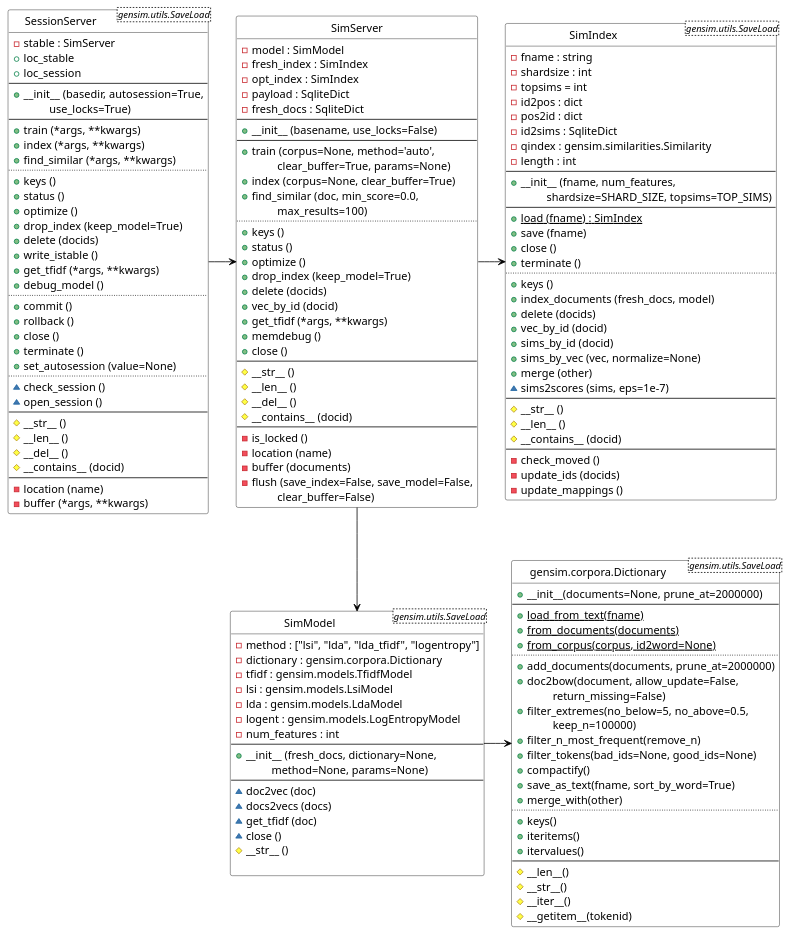
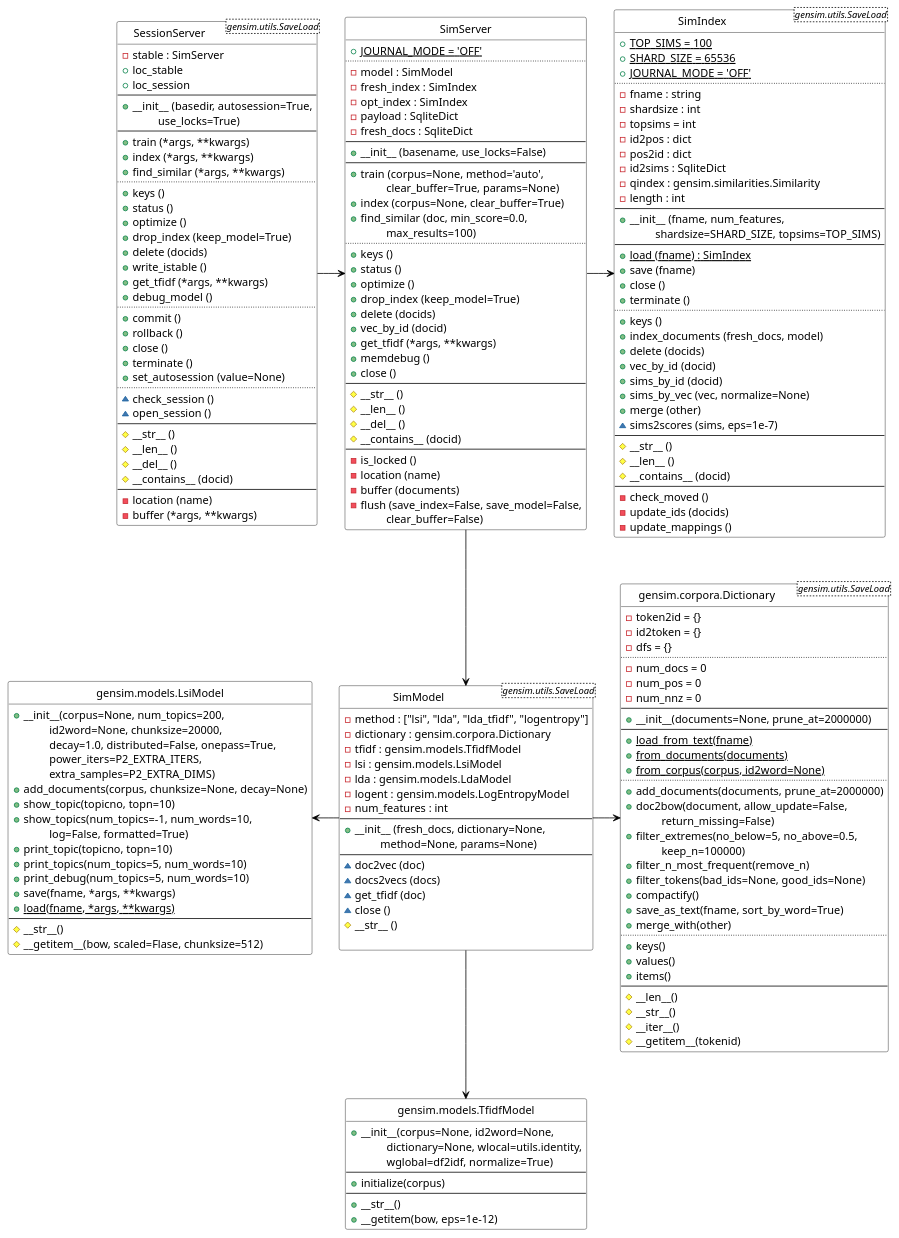
One commit to isleon/gensim-simserver changed the diagram in docs/gensim-server.puml. Above: the diagram before and after it, drawn with PlantUML. The commit also changed 5 other files, not shown here.

```diff
--- a/docs/gensim-server.puml
+++ b/docs/gensim-server.puml
@@ -9,6 +9,10 @@
 hide circle
 
 class SimIndex <gensim.utils.SaveLoad> {
+    +{static} TOP_SIMS = 100
+    +{static} SHARD_SIZE = 65536
+    +{static} JOURNAL_MODE = 'OFF'
+    ..
     -fname : string
     -shardsize : int
     -topsims = int
@@ -69,6 +73,14 @@
 }
 
 class Dictionary as "gensim.corpora.Dictionary" <gensim.utils.SaveLoad> {
+    -token2id = {}
+    -id2token = {}
+    -dfs = {}
+    ..
+    -num_docs = 0
+    -num_pos = 0
+    -num_nnz = 0
+    --
     +__init__(documents=None, prune_at=2000000)
     --
     +{static} load_from_text(fname)
@@ -87,8 +99,8 @@
     +merge_with(other)
     ..
     +keys()
-    +iteritems()
-    +itervalues()
+    +values()
+    +items()
     --
     #__len__()
     #__str__()
@@ -96,9 +108,9 @@
     #__getitem__(tokenid)
 }
 
-SimModel -r-> Dictionary
-
 class SimServer {
+    +{static} JOURNAL_MODE = 'OFF'
+    ..
     -model : SimModel
     -fresh_index : SimIndex
     -opt_index : SimIndex
@@ -174,9 +186,45 @@
     -buffer (*args, **kwargs)
 }
 
-SessionServer -r-> SimServer
-SimServer -r-> SimIndex
+class TfidfModel as "gensim.models.TfidfModel" {
+    +__init__(corpus=None, id2word=None, 
+        \t dictionary=None, wlocal=utils.identity, 
+        \t wglobal=df2idf, normalize=True)
+    --
+    +initialize(corpus)
+    --
+    +__str__()
+    +__getitem(bow, eps=1e-12)
+}
+
+class LsiModel as "gensim.models.LsiModel" {
+    +__init__(corpus=None, num_topics=200, 
+        \t id2word=None, chunksize=20000,
+        \t decay=1.0, distributed=False, onepass=True,
+        \t power_iters=P2_EXTRA_ITERS, 
+        \t extra_samples=P2_EXTRA_DIMS)
+    +add_documents(corpus, chunksize=None, decay=None)
+    +show_topic(topicno, topn=10)
+    +show_topics(num_topics=-1, num_words=10, 
+        \t log=False, formatted=True)
+    +print_topic(topicno, topn=10)
+    +print_topics(num_topics=5, num_words=10)
+    +print_debug(num_topics=5, num_words=10)
+    +save(fname, *args, **kwargs)
+    +{static} load(fname, *args, **kwargs)
+    --
+    #__str__()
+    #__getitem__(bow, scaled=Flase, chunksize=512)
+}
+
+SessionServer --r-> SimServer
+SimServer --r-> SimIndex
 SimServer -d-> SimModel
+SimModel -r-> Dictionary
+SimModel -d-> TfidfModel
+SimModel -l-> LsiModel
+'SimModel -l-> LdaModel
+'SimModel -l-> LogEntropyModel
 
 'SimIndex -u-|> gensim.utils.SaveLoad
 'SimModel -r-|> gensim.utils.SaveLoad
```
